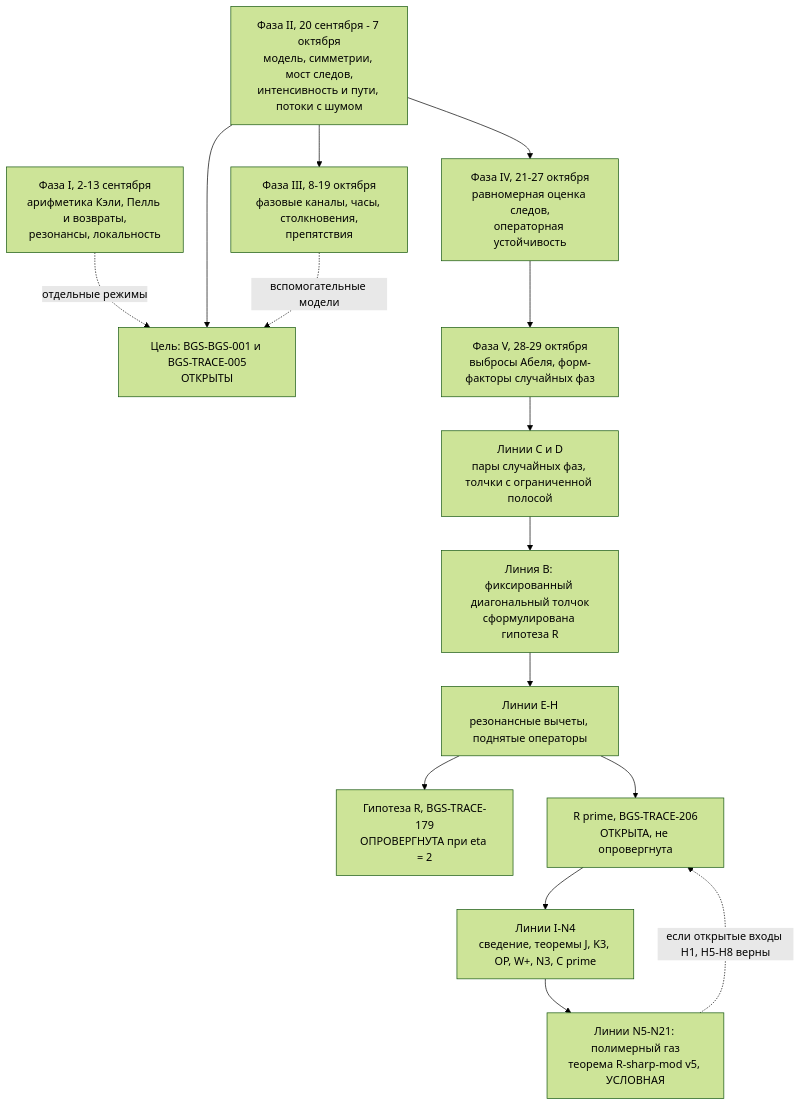
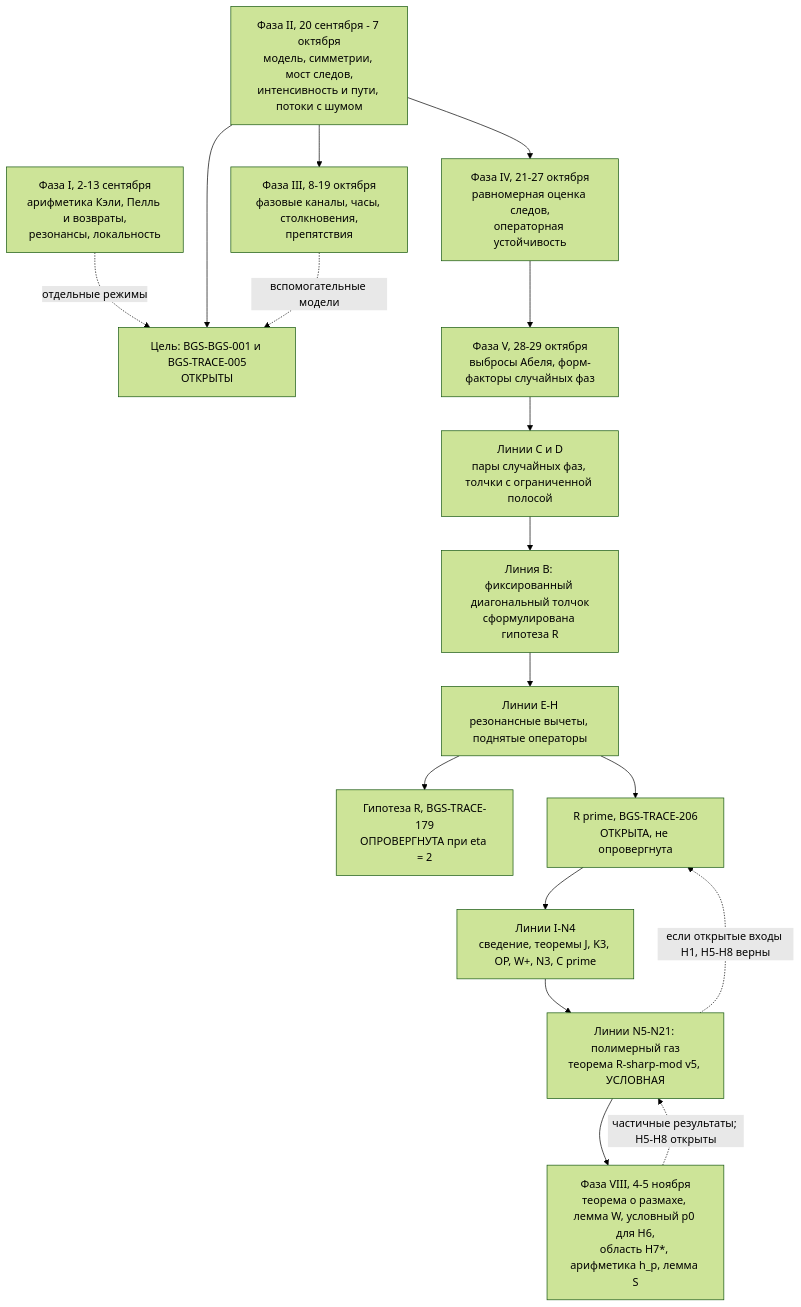
The diagram in README.ru.md (ChurilovMaksim/BGS), drawn with Mermaid (forest theme) before and after one commit. The commit also changed other lines of this file and 64 other files, not shown here.

````diff
--- a/README.ru.md
+++ b/README.ru.md
@@ -294,27 +310,30 @@
 ```mermaid
 flowchart TD
   T["Цель: BGS-BGS-001 и BGS-TRACE-005<br/>ОТКРЫТЫ"]
   P1["Фаза I, 2-13 сентября<br/>арифметика Кэли, Пелль и возвраты,<br/>резонансы, локальность"]
   P2["Фаза II, 20 сентября - 7 октября<br/>модель, симметрии, мост следов,<br/>интенсивность и пути, потоки с шумом"]
   P3["Фаза III, 8-19 октября<br/>фазовые каналы, часы, столкновения,<br/>препятствия"]
   P4["Фаза IV, 21-27 октября<br/>равномерная оценка следов,<br/>операторная устойчивость"]
   P5["Фаза V, 28-29 октября<br/>выбросы Абеля, форм-факторы случайных фаз"]
   CD["Линии C и D<br/>пары случайных фаз, толчки с ограниченной полосой"]
   B["Линия B: фиксированный диагональный толчок<br/>сформулирована гипотеза R"]
   EH["Линии E-H<br/>резонансные вычеты, поднятые операторы"]
   R["Гипотеза R, BGS-TRACE-179<br/>ОПРОВЕРГНУТА при eta = 2"]
   RP["R prime, BGS-TRACE-206<br/>ОТКРЫТА, не опровергнута"]
   IN["Линии I-N4<br/>сведение, теоремы J, K3, OP, W+, N3, C prime"]
   GAS["Линии N5-N21: полимерный газ<br/>теорема R-sharp-mod v5, УСЛОВНАЯ"]
+  P8["Фаза VIII, 4-5 ноября<br/>теорема о размахе, лемма W, условный p0 для H6,<br/>область H7*, арифметика h_p, лемма S"]
   P1 -.->|"отдельные режимы"| T
   P2 --> T
   P2 --> P3
   P2 --> P4
   P3 -.->|"вспомогательные модели"| T
   P4 --> P5
   P5 --> CD --> B
   B --> EH --> R
   EH --> RP
   RP --> IN --> GAS
   GAS -.->|"если открытые входы H1, H5-H8 верны"| RP
+  GAS --> P8
+  P8 -.->|"частичные результаты; H5-H8 открыты"| GAS
 ```
````
